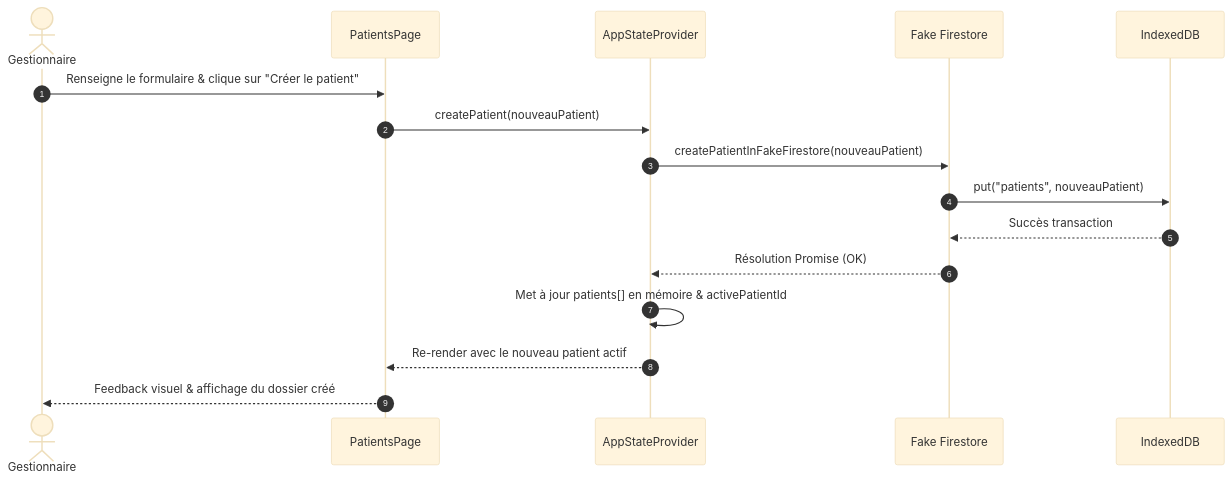
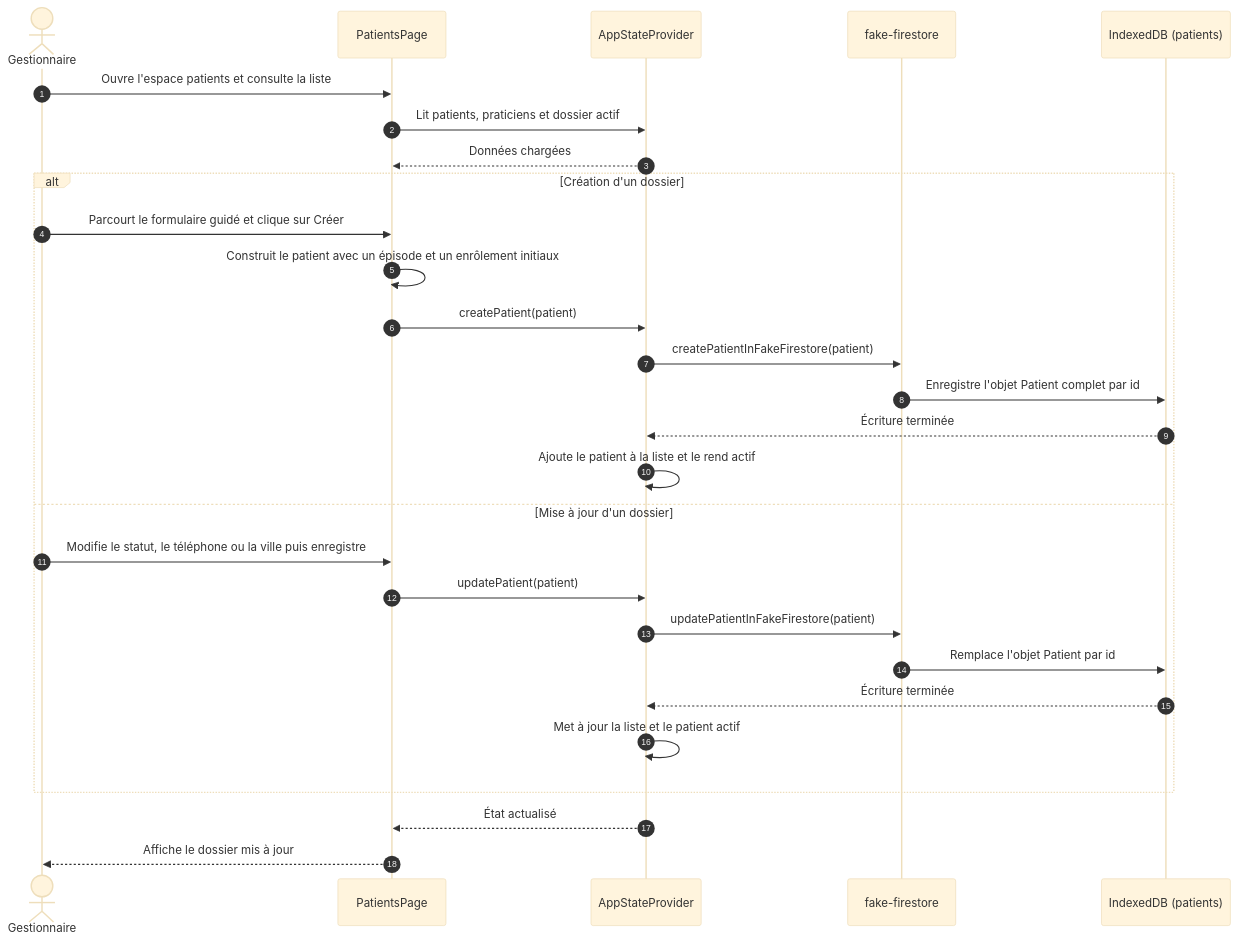
One commit to quangfr/esis changed the third of 5 diagrams in docs/ARCHITECTURE.md. Above: the diagram before and after it, drawn with Mermaid (base theme). The commit also changed other lines of this file and 2 other files, not shown here.

Commit message:
docs: align ESIS flows with implemented workflows

````diff
--- a/docs/ARCHITECTURE.md
+++ b/docs/ARCHITECTURE.md
@@ -476,19 +479,31 @@
 ```mermaid
 sequenceDiagram
     autonumber
-    actor Manager as Gestionnaire
-    participant PatientsUI as PatientsPage
-    participant Provider as AppStateProvider
-    participant FakeFS as Fake Firestore
-    participant IDB as IndexedDB
+    actor G as Gestionnaire
+    participant UI as PatientsPage
+    participant State as AppStateProvider
+    participant Store as fake-firestore
+    participant IDB as IndexedDB (patients)
 
-    Manager->>PatientsUI: Renseigne le formulaire & clique sur "Créer le patient"
-    PatientsUI->>Provider: createPatient(nouveauPatient)
-    Provider->>FakeFS: createPatientInFakeFirestore(nouveauPatient)
-    FakeFS->>IDB: put("patients", nouveauPatient)
-    IDB-->>FakeFS: Succès transaction
-    FakeFS-->>Provider: Résolution Promise (OK)
-    Provider->>Provider: Met à jour patients[] en mémoire & activePatientId
-    Provider-->>PatientsUI: Re-render avec le nouveau patient actif
-    PatientsUI-->>Manager: Feedback visuel & affichage du dossier créé
+    G->>UI: Ouvre l'espace patients et consulte la liste
+    UI->>State: Lit patients, praticiens et dossier actif
+    State-->>UI: Données chargées
+    alt Création d'un dossier
+        G->>UI: Parcourt le formulaire guidé et clique sur Créer
+        UI->>UI: Construit le patient avec un épisode et un enrôlement initiaux
+        UI->>State: createPatient(patient)
+        State->>Store: createPatientInFakeFirestore(patient)
+        Store->>IDB: Enregistre l'objet Patient complet par id
+        IDB-->>State: Écriture terminée
+        State->>State: Ajoute le patient à la liste et le rend actif
+    else Mise à jour d'un dossier
+        G->>UI: Modifie le statut, le téléphone ou la ville puis enregistre
+        UI->>State: updatePatient(patient)
+        State->>Store: updatePatientInFakeFirestore(patient)
+        Store->>IDB: Remplace l'objet Patient par id
+        IDB-->>State: Écriture terminée
+        State->>State: Met à jour la liste et le patient actif
+    end
+    State-->>UI: État actualisé
+    UI-->>G: Affiche le dossier mis à jour
 ```
````
